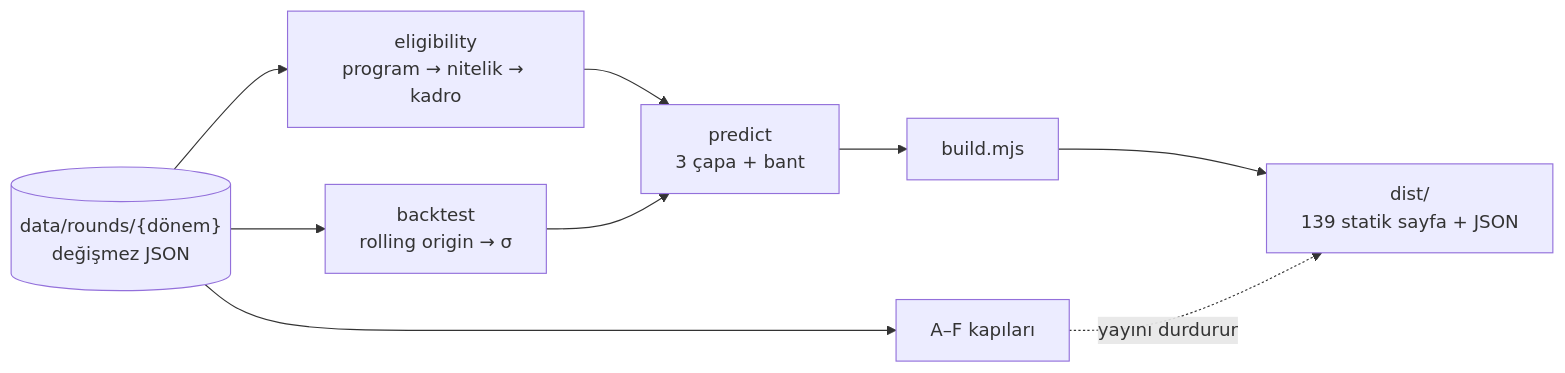
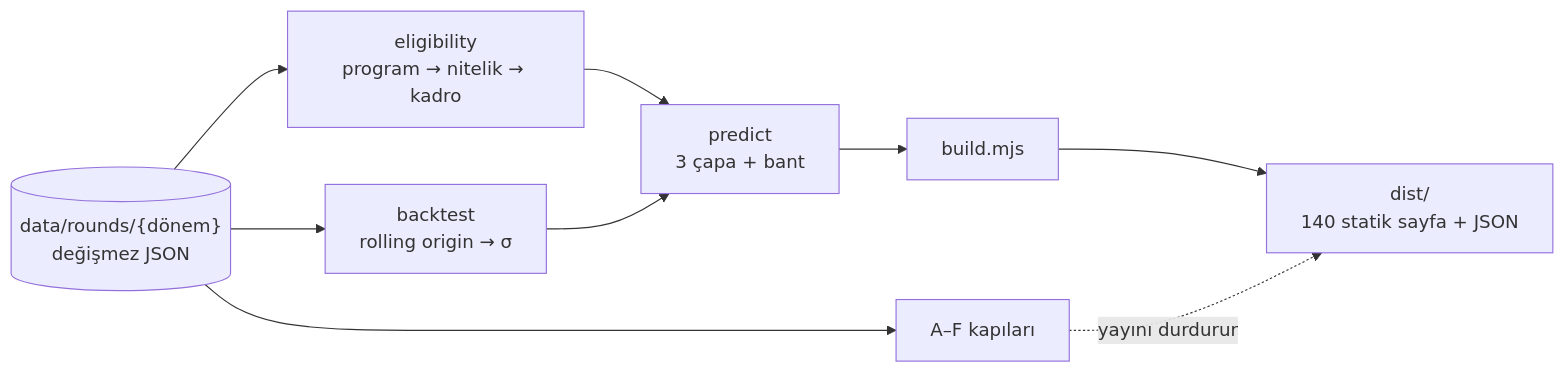
One commit to bahattinercan/tercihpusula changed the second of 2 diagrams in README.md. Above: the diagram before and after it, drawn with Mermaid. The commit also changed other lines of this file and 8 other files, not shown here.

````diff
--- a/README.md
+++ b/README.md
@@ -315,11 +318,11 @@
 ```mermaid
 flowchart LR
   D[("data/rounds/{dönem}<br/>değişmez JSON")] --> E[eligibility<br/>program → nitelik → kadro]
   D --> B[backtest<br/>rolling origin → σ]
   E --> PR[predict<br/>3 çapa + bant]
   B --> PR
   PR --> W[build.mjs]
-  W --> OUT[dist/<br/>139 statik sayfa + JSON]
+  W --> OUT[dist/<br/>140 statik sayfa + JSON]
   D --> GA[A–F kapıları]
   GA -.yayını durdurur.-> OUT
 ```
````
